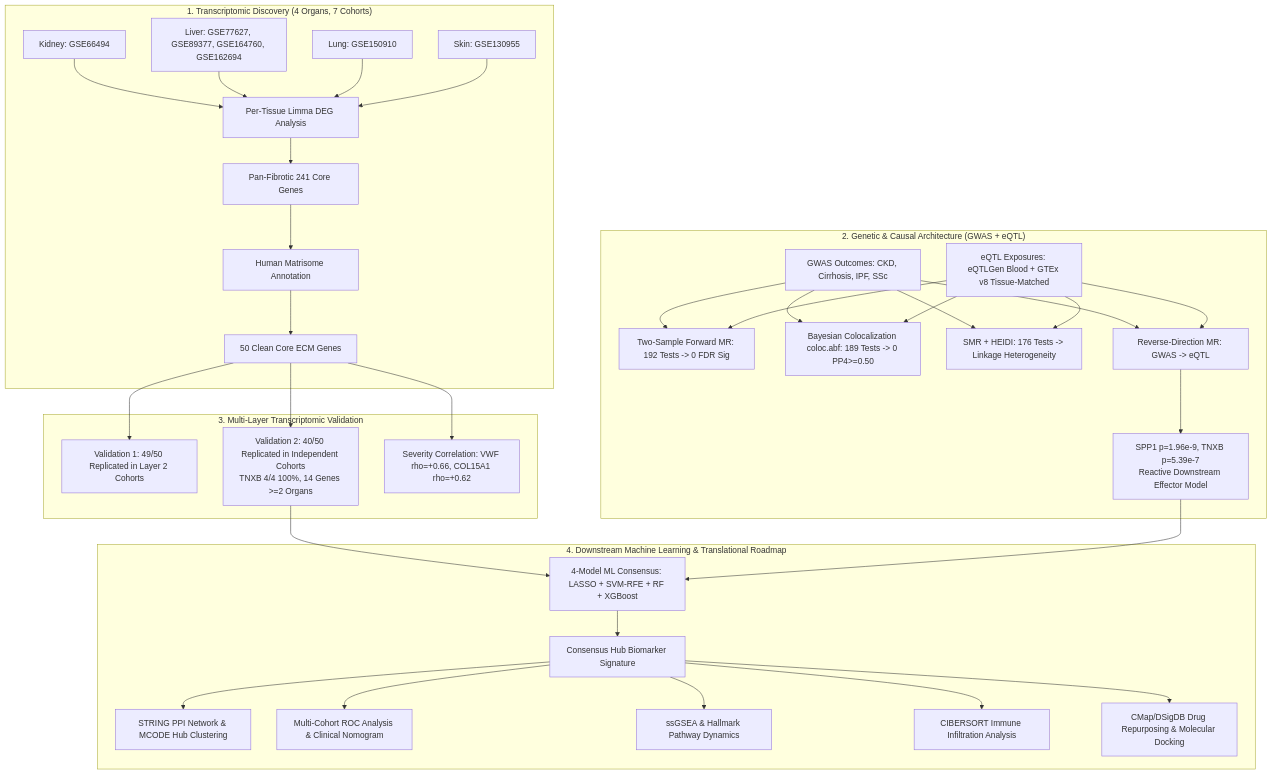
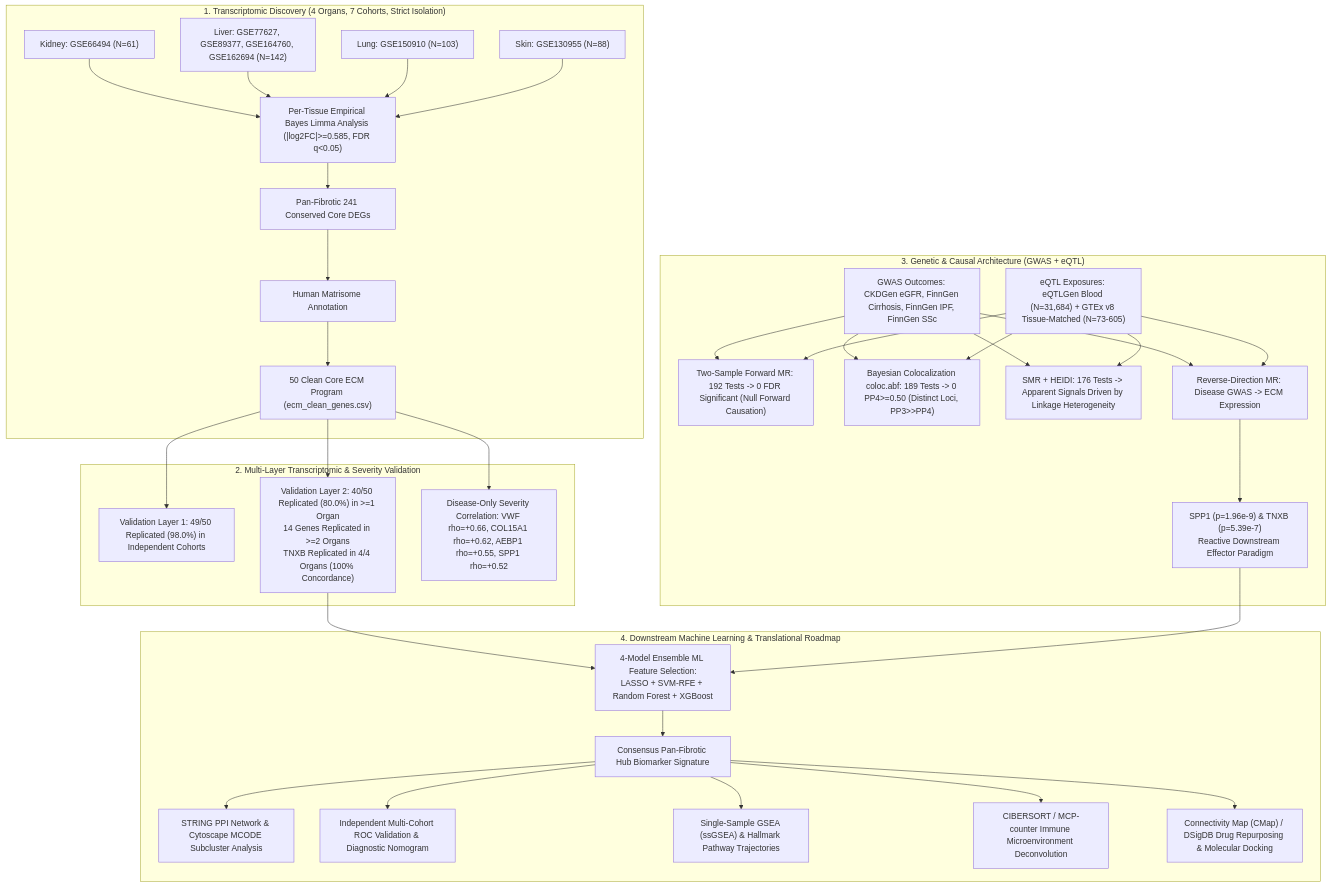
The diagram in README.md (stephenrodrick17-cloud/CSIR-project-), drawn with Mermaid before and after one commit. The commit also changed other lines of this file, not shown here.

Commit message:
docs: complete rewrite of README from scratch reflecting corrected 241/50 core, TNXB validation, and translational roadmap

````diff
--- a/README.md
+++ b/README.md
@@ -11,39 +11,39 @@
 ```mermaid
 graph TD
-    subgraph Discovery ["1. Transcriptomic Discovery (4 Organs, 7 Cohorts)"]
-        D1["Kidney: GSE66494"]
-        D2["Liver: GSE77627, GSE89377, GSE164760, GSE162694"]
-        D3["Lung: GSE150910"]
-        D4["Skin: GSE130955"]
-        D1 & D2 & D3 & D4 --> DEG["Per-Tissue Limma DEG Analysis"]
-        DEG --> Core241["Pan-Fibrotic 241 Core Genes"]
+    subgraph Discovery ["1. Transcriptomic Discovery (4 Organs, 7 Cohorts, Strict Isolation)"]
+        D1["Kidney: GSE66494 (N=61)"]
+        D2["Liver: GSE77627, GSE89377, GSE164760, GSE162694 (N=142)"]
+        D3["Lung: GSE150910 (N=103)"]
+        D4["Skin: GSE130955 (N=88)"]
+        D1 & D2 & D3 & D4 --> DEG["Per-Tissue Empirical Bayes Limma Analysis (|log2FC|>=0.585, FDR q<0.05)"]
+        DEG --> Core241["Pan-Fibrotic 241 Conserved Core DEGs"]
         Core241 --> Matrisome["Human Matrisome Annotation"]
-        Matrisome --> Core50["50 Clean Core ECM Genes"]
+        Matrisome --> Core50["50 Clean Core ECM Program (ecm_clean_genes.csv)"]
     end
 
-    subgraph GeneticCausal ["2. Genetic & Causal Architecture (GWAS + eQTL)"]
-        GWAS["GWAS Outcomes: CKD, Cirrhosis, IPF, SSc"]
-        eQTL["eQTL Exposures: eQTLGen Blood + GTEx v8 Tissue-Matched"]
-        GWAS & eQTL --> ForwardMR["Two-Sample Forward MR: 192 Tests -> 0 FDR Sig"]
-        GWAS & eQTL --> Coloc["Bayesian Colocalization coloc.abf: 189 Tests -> 0 PP4>=0.50"]
-        GWAS & eQTL --> SMR["SMR + HEIDI: 176 Tests -> Linkage Heterogeneity"]
-        GWAS & eQTL --> RevMR["Reverse-Direction MR: GWAS -> eQTL"]
-        RevMR --> Effector["SPP1 p=1.96e-9, TNXB p=5.39e-7<br/>Reactive Downstream Effector Model"]
+    subgraph MultiLayerValidation ["2. Multi-Layer Transcriptomic & Severity Validation"]
+        Core50 --> Val1["Validation Layer 1: 49/50 Replicated (98.0%) in Independent Cohorts"]
+        Core50 --> Val2["Validation Layer 2: 40/50 Replicated (80.0%) in >=1 Organ<br/>14 Genes Replicated in >=2 Organs<br/>TNXB Replicated in 4/4 Organs (100% Concordance)"]
+        Core50 --> Severity["Disease-Only Severity Correlation: VWF rho=+0.66, COL15A1 rho=+0.62, AEBP1 rho=+0.55, SPP1 rho=+0.52"]
     end
 
-    subgraph Validation ["3. Multi-Layer Transcriptomic Validation"]
-        Core50 --> Val1["Validation 1: 49/50 Replicated in Layer 2 Cohorts"]
-        Core50 --> Val2["Validation 2: 40/50 Replicated in Independent Cohorts<br/>TNXB 4/4 100%, 14 Genes >=2 Organs"]
-        Core50 --> Severity["Severity Correlation: VWF rho=+0.66, COL15A1 rho=+0.62"]
+    subgraph GeneticCausal ["3. Genetic & Causal Architecture (GWAS + eQTL)"]
+        GWAS["GWAS Outcomes: CKDGen eGFR, FinnGen Cirrhosis, FinnGen IPF, FinnGen SSc"]
+        eQTL["eQTL Exposures: eQTLGen Blood (N=31,684) + GTEx v8 Tissue-Matched (N=73-605)"]
+        GWAS & eQTL --> ForwardMR["Two-Sample Forward MR: 192 Tests -> 0 FDR Significant (Null Forward Causation)"]
+        GWAS & eQTL --> Coloc["Bayesian Colocalization coloc.abf: 189 Tests -> 0 PP4>=0.50 (Distinct Loci, PP3>>PP4)"]
+        GWAS & eQTL --> SMR["SMR + HEIDI: 176 Tests -> Apparent Signals Driven by Linkage Heterogeneity"]
+        GWAS & eQTL --> RevMR["Reverse-Direction MR: Disease GWAS -> ECM Expression"]
+        RevMR --> Effector["SPP1 (p=1.96e-9) & TNXB (p=5.39e-7)<br/>Reactive Downstream Effector Paradigm"]
     end
 
-    subgraph FuturePlan ["4. Downstream Machine Learning & Translational Roadmap"]
-        Val2 & Effector --> ML["4-Model ML Consensus: LASSO + SVM-RFE + RF + XGBoost"]
-        ML --> HubGenes["Consensus Hub Biomarker Signature"]
-        HubGenes --> PPI["STRING PPI Network & MCODE Hub Clustering"]
-        HubGenes --> ROC["Multi-Cohort ROC Analysis & Clinical Nomogram"]
-        HubGenes --> GSEA["ssGSEA & Hallmark Pathway Dynamics"]
-        HubGenes --> Immune["CIBERSORT Immune Infiltration Analysis"]
-        HubGenes --> Drugs["CMap/DSigDB Drug Repurposing & Molecular Docking"]
+    subgraph TranslationalRoadmap ["4. Downstream Machine Learning & Translational Roadmap"]
+        Val2 & Effector --> ML["4-Model Ensemble ML Feature Selection:<br/>LASSO + SVM-RFE + Random Forest + XGBoost"]
+        ML --> HubGenes["Consensus Pan-Fibrotic Hub Biomarker Signature"]
+        HubGenes --> PPI["STRING PPI Network & Cytoscape MCODE Subcluster Analysis"]
+        HubGenes --> ROC["Independent Multi-Cohort ROC Validation & Diagnostic Nomogram"]
+        HubGenes --> GSEA["Single-Sample GSEA (ssGSEA) & Hallmark Pathway Trajectories"]
+        HubGenes --> Immune["CIBERSORT / MCP-counter Immune Microenvironment Deconvolution"]
+        HubGenes --> Drugs["Connectivity Map (CMap) / DSigDB Drug Repurposing & Molecular Docking"]
     end
 ```
````
